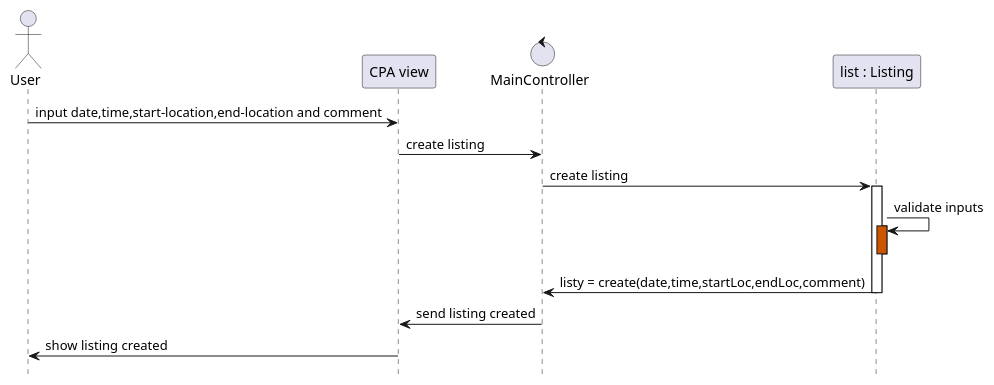
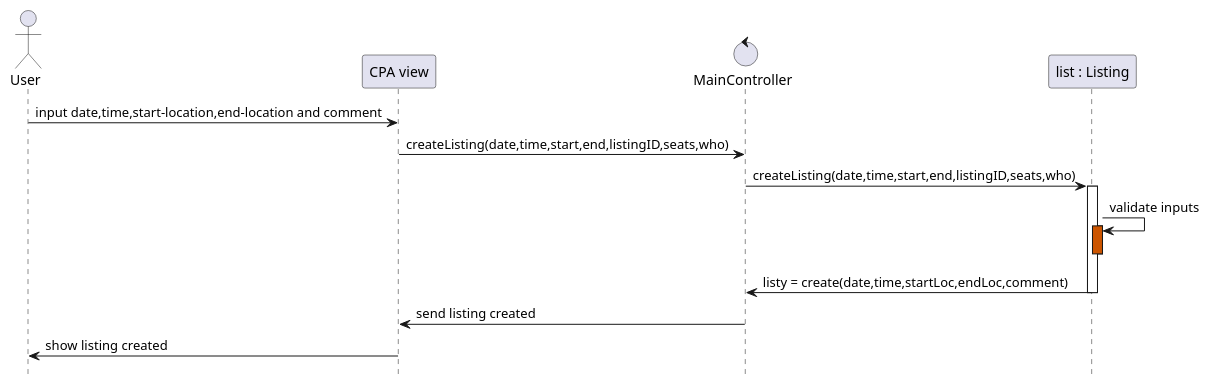
Before and after one commit to PriyaMulla/Carpool-Connect-VC: the third of 5 diagrams in doc/design.md, drawn with PlantUML. The commit also changed other lines of this file, not shown here.

Commit message:
changes to seq diagram

````diff
--- a/doc/design.md
+++ b/doc/design.md
@@ -95,28 +95,28 @@
 ```plantuml
 @startuml
 hide footbox
 
 'ACTORS
 actor "User" as user
 participant "CPA view" as system
 control "MainController" as controller
 participant "list : Listing" as listing
 
 'ACTIONS
 user -> system : input date,time,start-location,end-location and comment
-system -> controller : create listing
-controller -> listing : create listing
+system -> controller : createListing(date,time,start,end,listingID,seats,who)
+controller -> listing : createListing(date,time,start,end,listingID,seats,who)
 
 activate listing
 
 listing -> listing : validate inputs
 activate listing #CC5500
 
 deactivate listing
 listing -> controller : listy = create(date,time,startLoc,endLoc,comment)
 deactivate listing
 
 controller -> system : send listing created
 system -> user : show listing created
 @enduml
 ```
````
